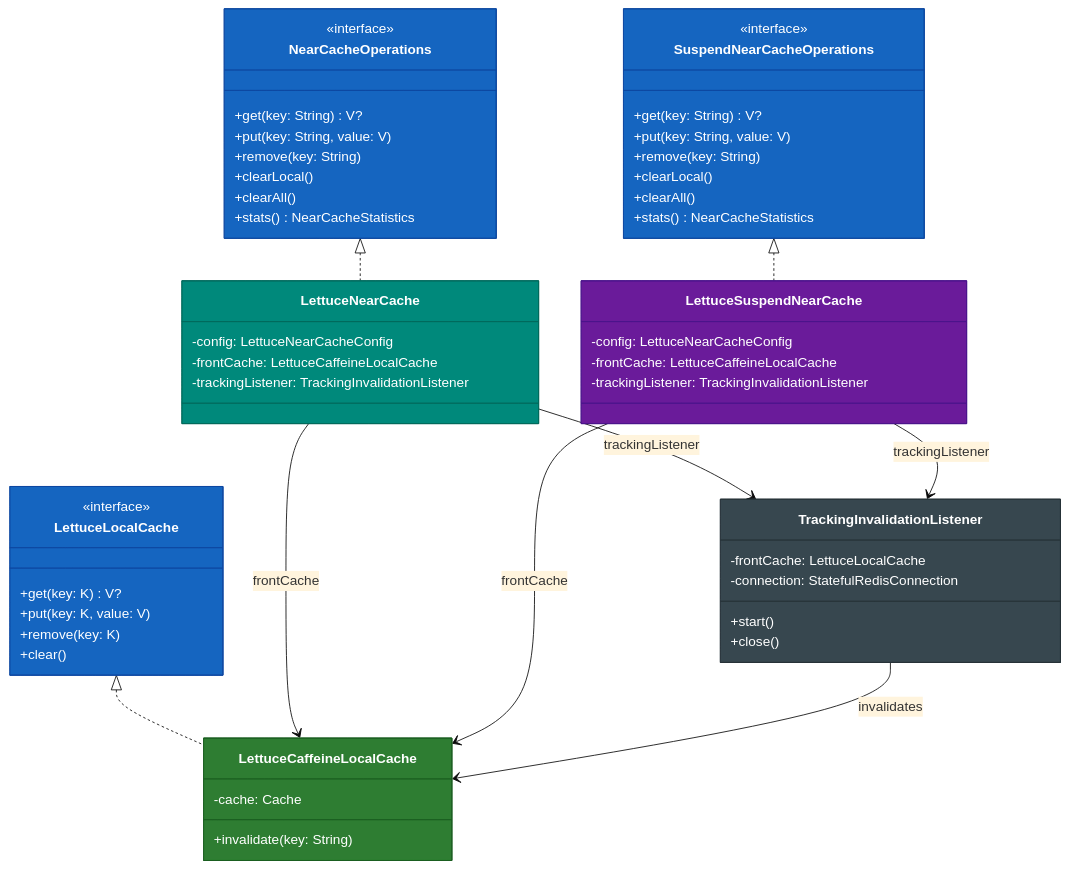
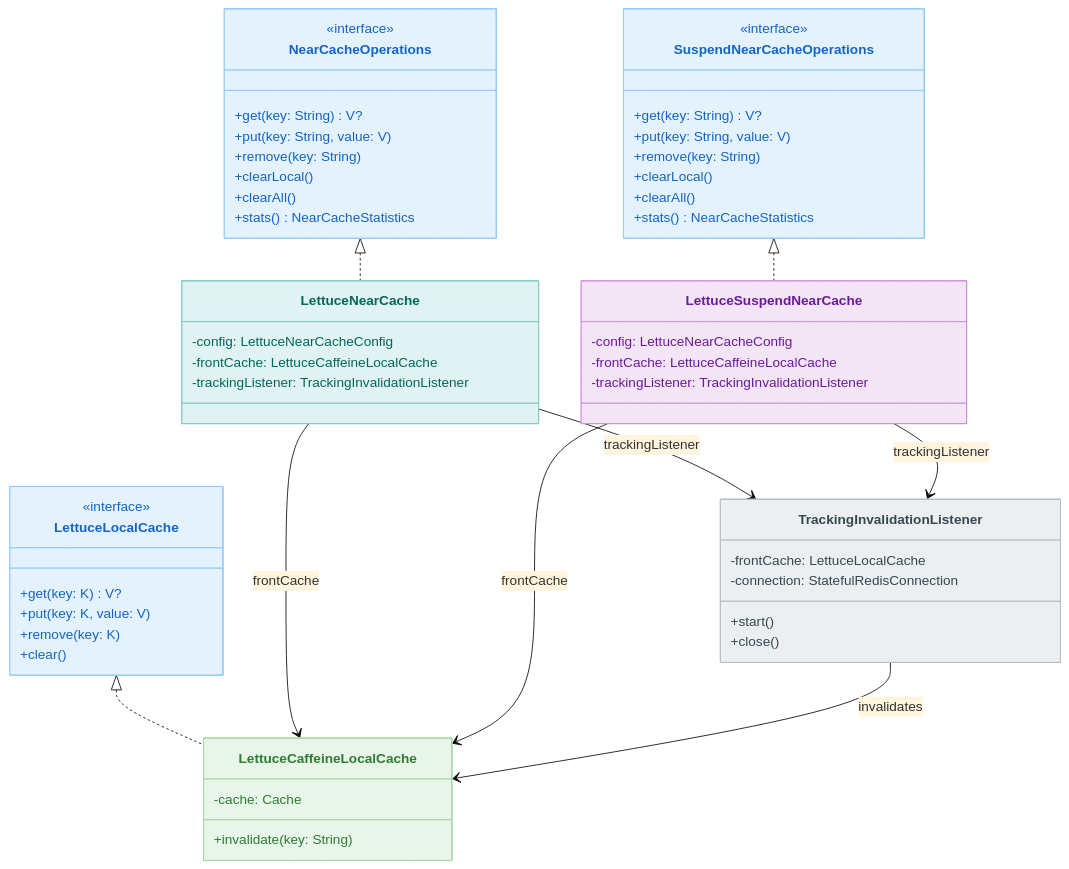
The first of 2 diagrams in infra/cache-lettuce/README.md (bluetape4k/bluetape4k-projects), drawn with Mermaid (base theme) before and after one commit. The commit also changed other lines of this file and 219 other files, not shown here.

First line of the commit message:
docs: 전체 README Mermaid 다이어그램 가이드 적용

````diff
--- a/infra/cache-lettuce/README.md
+++ b/infra/cache-lettuce/README.md
@@ -49,71 +49,71 @@
 ```mermaid
 classDiagram
     class NearCacheOperations {
         <<interface>>
         +get(key: String) V?
         +put(key: String, value: V)
         +remove(key: String)
         +clearLocal()
         +clearAll()
         +stats() NearCacheStatistics
     }
 
     class SuspendNearCacheOperations {
         <<interface>>
         +get(key: String) V?
         +put(key: String, value: V)
         +remove(key: String)
         +clearLocal()
         +clearAll()
         +stats() NearCacheStatistics
     }
 
     class LettuceNearCache {
         -config: LettuceNearCacheConfig
         -frontCache: LettuceCaffeineLocalCache
         -trackingListener: TrackingInvalidationListener
     }
 
     class LettuceSuspendNearCache {
         -config: LettuceNearCacheConfig
         -frontCache: LettuceCaffeineLocalCache
         -trackingListener: TrackingInvalidationListener
     }
 
     class LettuceLocalCache {
         <<interface>>
         +get(key: K) V?
         +put(key: K, value: V)
         +remove(key: K)
         +clear()
     }
 
     class LettuceCaffeineLocalCache {
         -cache: Cache
         +invalidate(key: String)
     }
 
     class TrackingInvalidationListener {
         -frontCache: LettuceLocalCache
         -connection: StatefulRedisConnection
         +start()
         +close()
     }
 
     NearCacheOperations <|.. LettuceNearCache
     SuspendNearCacheOperations <|.. LettuceSuspendNearCache
     LettuceLocalCache <|.. LettuceCaffeineLocalCache
     LettuceNearCache --> LettuceCaffeineLocalCache: frontCache
     LettuceNearCache --> TrackingInvalidationListener: trackingListener
     LettuceSuspendNearCache --> LettuceCaffeineLocalCache: frontCache
     LettuceSuspendNearCache --> TrackingInvalidationListener: trackingListener
     TrackingInvalidationListener --> LettuceCaffeineLocalCache: invalidates
 
-    style NearCacheOperations fill:#1565C0,stroke:#0D47A1,color:#FFFFFF
-    style SuspendNearCacheOperations fill:#1565C0,stroke:#0D47A1,color:#FFFFFF
-    style LettuceNearCache fill:#00897B,stroke:#00695C,color:#FFFFFF
-    style LettuceSuspendNearCache fill:#6A1B9A,stroke:#4A148C,color:#FFFFFF
-    style LettuceLocalCache fill:#1565C0,stroke:#0D47A1,color:#FFFFFF
-    style LettuceCaffeineLocalCache fill:#2E7D32,stroke:#1B5E20,color:#FFFFFF
-    style TrackingInvalidationListener fill:#37474F,stroke:#263238,color:#FFFFFF
+    style NearCacheOperations fill:#E3F2FD,stroke:#90CAF9,color:#1565C0
+    style SuspendNearCacheOperations fill:#E3F2FD,stroke:#90CAF9,color:#1565C0
+    style LettuceNearCache fill:#E0F2F1,stroke:#80CBC4,color:#00695C
+    style LettuceSuspendNearCache fill:#F3E5F5,stroke:#CE93D8,color:#6A1B9A
+    style LettuceLocalCache fill:#E3F2FD,stroke:#90CAF9,color:#1565C0
+    style LettuceCaffeineLocalCache fill:#E8F5E9,stroke:#A5D6A7,color:#2E7D32
+    style TrackingInvalidationListener fill:#ECEFF1,stroke:#B0BEC5,color:#37474F
 ```
````
